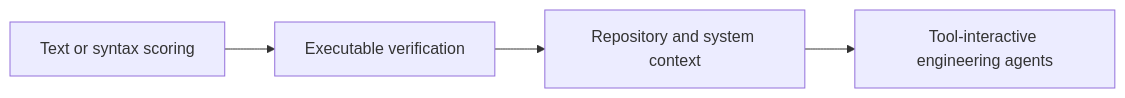
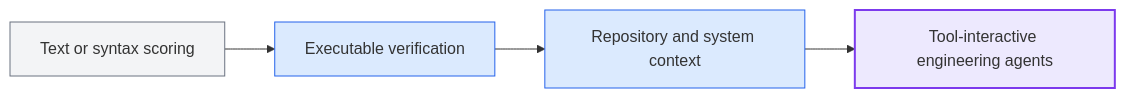
Before and after one commit to Uploading-Inc/AI-Hardware-EDA-Landscape: the third of 4 diagrams in docs/field-guide.md, drawn with Mermaid. The commit also changed other lines of this file and 3 other files, not shown here.

````diff
--- a/docs/field-guide.md
+++ b/docs/field-guide.md
@@ -79,6 +93,13 @@
 ```mermaid
 flowchart LR
     A[Text or syntax scoring] --> B[Executable verification]
     B --> C[Repository and system context]
     C --> D[Tool-interactive engineering agents]
+
+    classDef early fill:#f3f4f6,stroke:#6b7280;
+    classDef middle fill:#dbeafe,stroke:#2563eb;
+    classDef recent fill:#ede9fe,stroke:#7c3aed,stroke-width:2px;
+    class A early;
+    class B,C middle;
+    class D recent;
 ```
````
